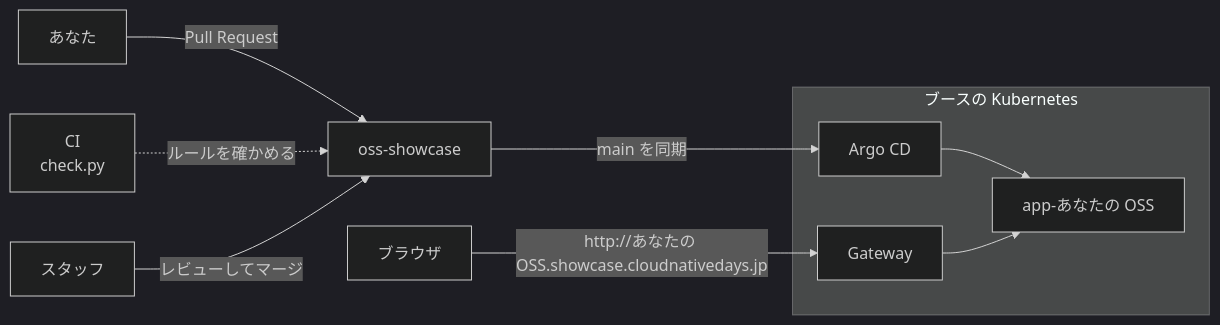
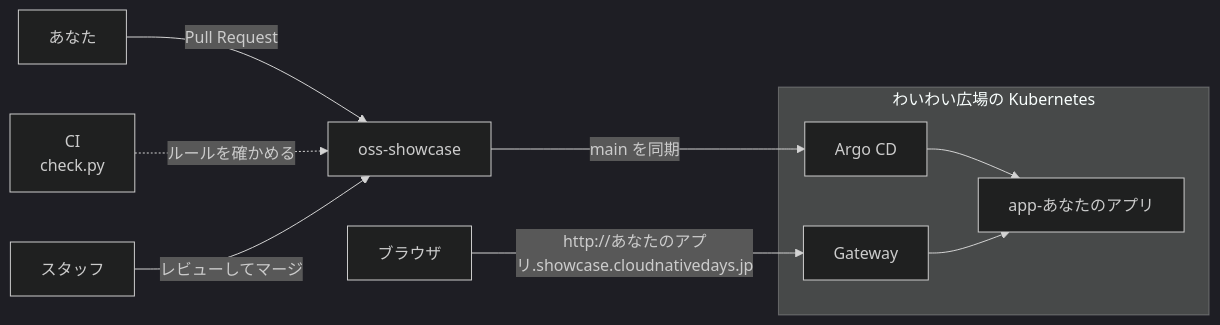
Before and after one commit to cloudnativedaysjp/oss-showcase: the diagram in README.md, drawn with Mermaid (dark theme). The commit also changed other lines of this file and 2 other files, not shown here.

Commit message:
docs: welcome any app, including AI-made ones, and name the venue (#11)

````diff
--- a/README.md
+++ b/README.md
@@ -10,12 +11,12 @@
 ```mermaid
 flowchart LR
   you["あなた"] -- "Pull Request" --> repo["oss-showcase"]
   ci["CI<br>check.py"] -. "ルールを確かめる" .-> repo
   staff["スタッフ"] -- "レビューしてマージ" --> repo
   repo -- "main を同期" --> argo["Argo CD"]
-  subgraph cluster["ブースの Kubernetes"]
-    argo --> ns["app-あなたの OSS"]
+  subgraph cluster["わいわい広場の Kubernetes"]
+    argo --> ns["app-あなたのアプリ"]
     gw["Gateway"] --> ns
   end
-  browser["ブラウザ"] -- "http://あなたの OSS.showcase.cloudnativedays.jp" --> gw
+  browser["ブラウザ"] -- "http://あなたのアプリ.showcase.cloudnativedays.jp" --> gw
 ```
````
